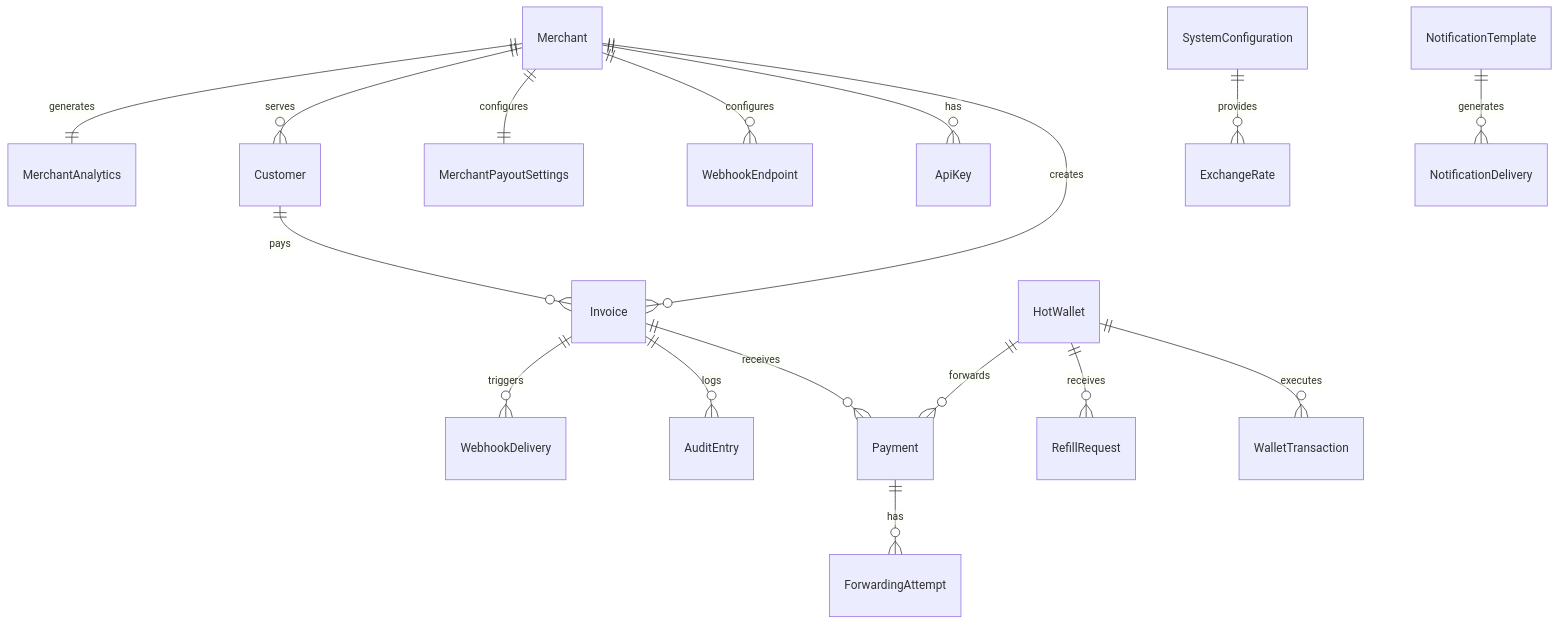
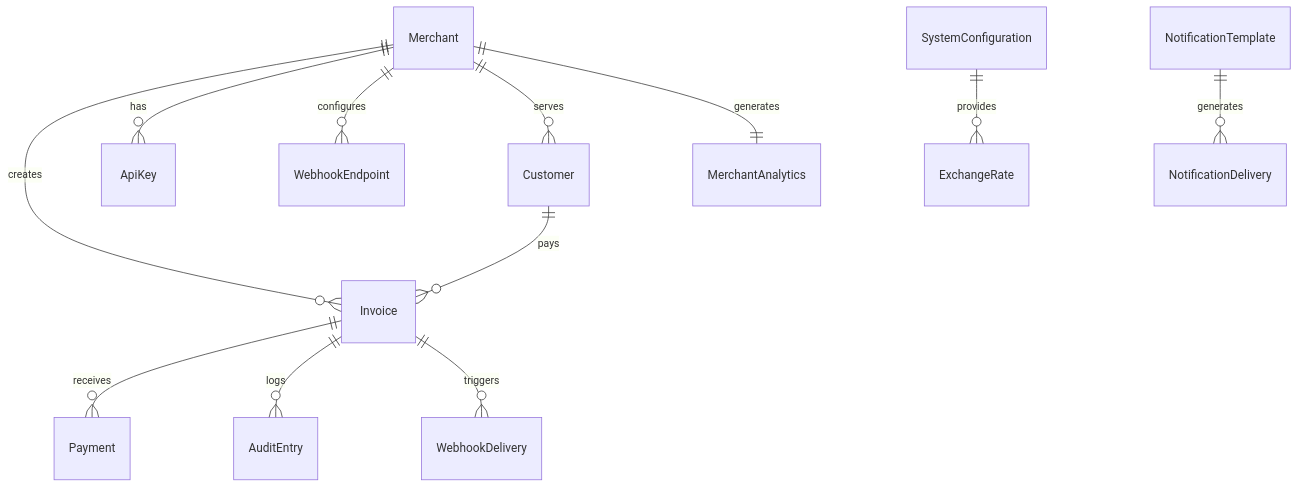
Before and after one commit to smirnoffmg/crypto-checkout: the third of 3 diagrams in docs/DOMAIN_MODEL.md, drawn with Mermaid. The commit also changed other lines of this file and 62 other files, not shown here.

````diff
--- a/docs/DOMAIN_MODEL.md
+++ b/docs/DOMAIN_MODEL.md
@@ -488,24 +495,17 @@
 ```mermaid
 erDiagram
     Merchant ||--o{ Invoice : creates
     Merchant ||--o{ ApiKey : has
     Merchant ||--o{ WebhookEndpoint : configures
-    Merchant ||--|| MerchantPayoutSettings : configures
     Merchant ||--o{ Customer : serves
     Merchant ||--|| MerchantAnalytics : generates
     
     Customer ||--o{ Invoice : pays
     
     Invoice ||--o{ Payment : receives
     Invoice ||--o{ AuditEntry : logs
     Invoice ||--o{ WebhookDelivery : triggers
     
-    Payment ||--o{ ForwardingAttempt : has
-    
-    HotWallet ||--o{ WalletTransaction : executes
-    HotWallet ||--o{ RefillRequest : receives
-    HotWallet ||--o{ Payment : forwards
-    
     SystemConfiguration ||--o{ ExchangeRate : provides
     NotificationTemplate ||--o{ NotificationDelivery : generates
 ```
````
